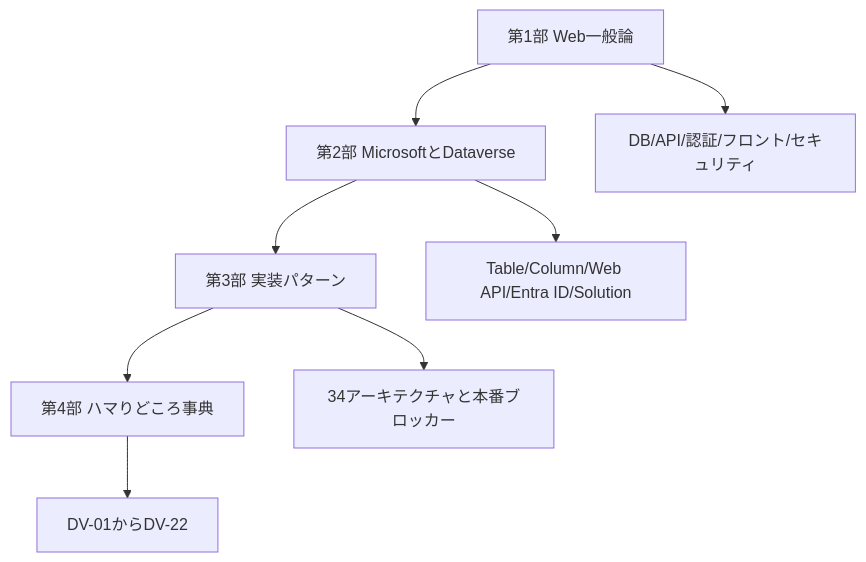
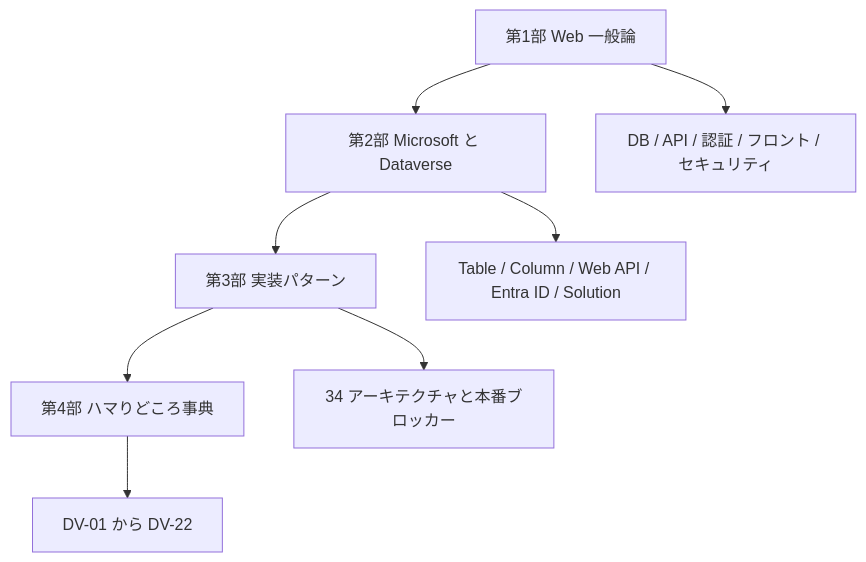
The first of 8 diagrams in notes/dataverse-learning-resume-2026-05-18.md (n-Sakana/sakana-oss), drawn with Mermaid before and after one commit. The commit also changed other lines of this file, not shown here.

Commit message:
Rewrite Dataverse learning resume part 1 for clarity

````diff
--- a/notes/dataverse-learning-resume-2026-05-18.md
+++ b/notes/dataverse-learning-resume-2026-05-18.md
@@ -77,10 +70,10 @@
 ```mermaid
 graph TD
-    A[第1部 Web一般論] --> B[第2部 MicrosoftとDataverse]
+    A[第1部 Web 一般論] --> B[第2部 Microsoft と Dataverse]
     B --> C[第3部 実装パターン]
     C --> D[第4部 ハマりどころ事典]
-    A --> A1[DB/API/認証/フロント/セキュリティ]
-    B --> B1[Table/Column/Web API/Entra ID/Solution]
-    C --> C1[34アーキテクチャと本番ブロッカー]
-    D --> D1[DV-01からDV-22]
+    A --> A1[DB / API / 認証 / フロント / セキュリティ]
+    B --> B1[Table / Column / Web API / Entra ID / Solution]
+    C --> C1[34 アーキテクチャと本番ブロッカー]
+    D --> D1[DV-01 から DV-22]
 ```
````
